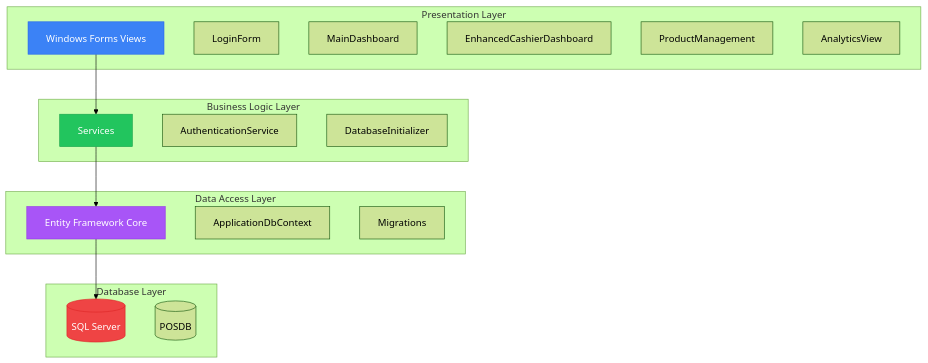
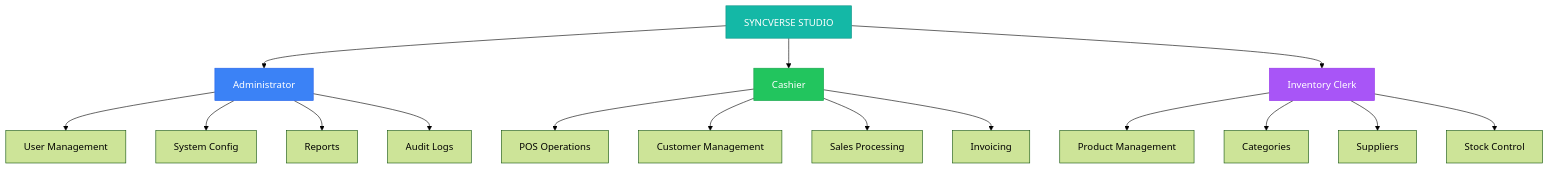
One commit to EIRSVi/Sync-Verse-Studio changed the second of 23 diagrams in README.md. Above: the diagram before and after it, drawn with Mermaid (forest theme). The commit also changed other lines of this file and 12 other files, not shown here.

````diff
--- a/README.md
+++ b/README.md
@@ -218,37 +62,26 @@
 ```mermaid
-graph TB
-    subgraph "Presentation Layer"
-        A[Windows Forms Views]
-        A1[LoginForm]
-        A2[MainDashboard]
-        A3[EnhancedCashierDashboard]
-        A4[ProductManagement]
-        A5[AnalyticsView]
-    end
+graph TD
+    A[SYNCVERSE STUDIO] --> B[Administrator]
+    A --> C[Cashier]
+    A --> D[Inventory Clerk]
     
-    subgraph "Business Logic Layer"
-        B[Services]
-        B1[AuthenticationService]
-        B2[DatabaseInitializer]
-    end
+    B --> B1[User Management]
+    B --> B2[System Config]
+    B --> B3[Reports]
+    B --> B4[Audit Logs]
     
-    subgraph "Data Access Layer"
-        C[Entity Framework Core]
-        C1[ApplicationDbContext]
-        C2[Migrations]
-    end
+    C --> C1[POS Operations]
+    C --> C2[Customer Management]
+    C --> C3[Sales Processing]
+    C --> C4[Invoicing]
     
-    subgraph "Database Layer"
-        D[(SQL Server)]
-        D1[(POSDB)]
-    end
+    D --> D1[Product Management]
+    D --> D2[Categories]
+    D --> D3[Suppliers]
+    D --> D4[Stock Control]
     
-    A --> B
-    B --> C
-    C --> D
-    
-    style A fill:#3B82F6,stroke:#2563EB,color:#fff
-    style B fill:#22C55E,stroke:#16A34A,color:#fff
-    style C fill:#A855F7,stroke:#9333EA,color:#fff
-    style D fill:#EF4444,stroke:#DC2626,color:#fff
+    style A fill:#14B8A6,stroke:#0D9488,color:#fff
+    style B fill:#3B82F6,stroke:#2563EB,color:#fff
+    style C fill:#22C55E,stroke:#16A34A,color:#fff
+    style D fill:#A855F7,stroke:#9333EA,color:#fff
 ```
````
